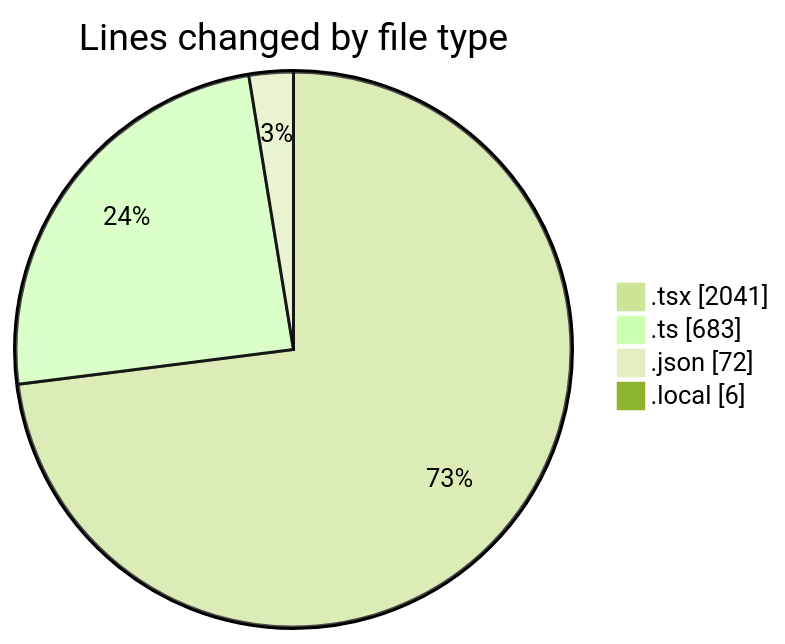
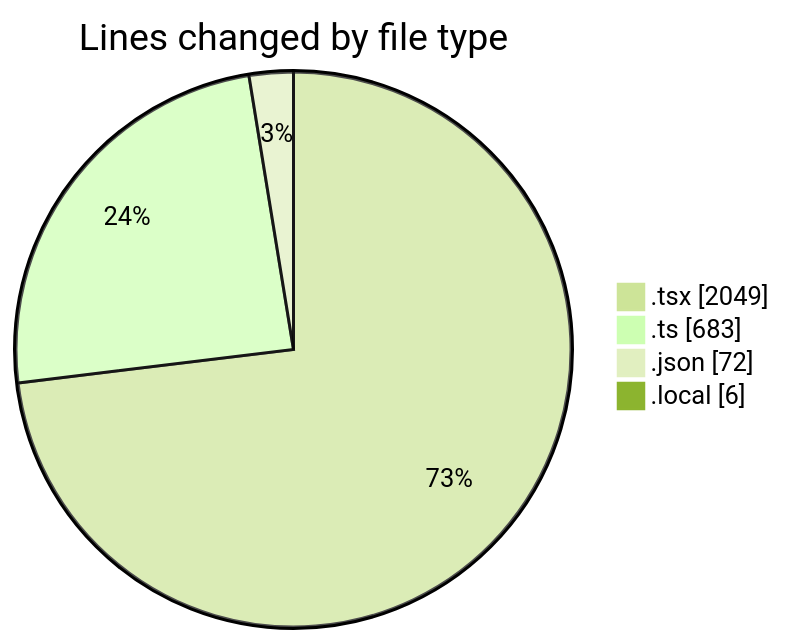
The first of 2 diagrams in 2025-10-21/eventscop-frontend-guide__workspace_/README.md (julien-gomy/code-tracking), drawn with Mermaid (forest theme) before and after one commit. The commit also changed other lines of this file and 1 other file, not shown here.

````diff
--- a/2025-10-21/eventscop-frontend-guide__workspace_/README.md
+++ b/2025-10-21/eventscop-frontend-guide__workspace_/README.md
@@ -52,8 +52,8 @@
 ```mermaid
 pie showData
 title Lines changed by file type
-".tsx" : 2041
+".tsx" : 2049
 ".ts" : 683
 ".json" : 72
 ".local" : 6
 ```
````
